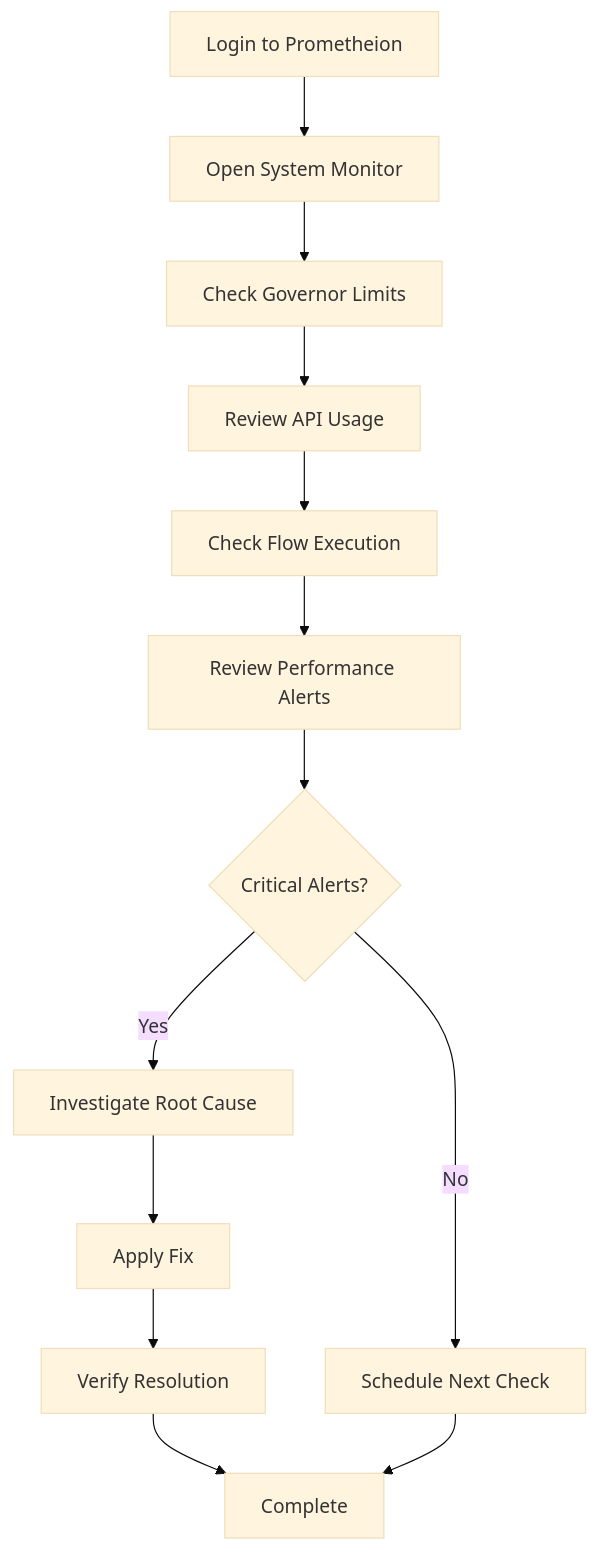
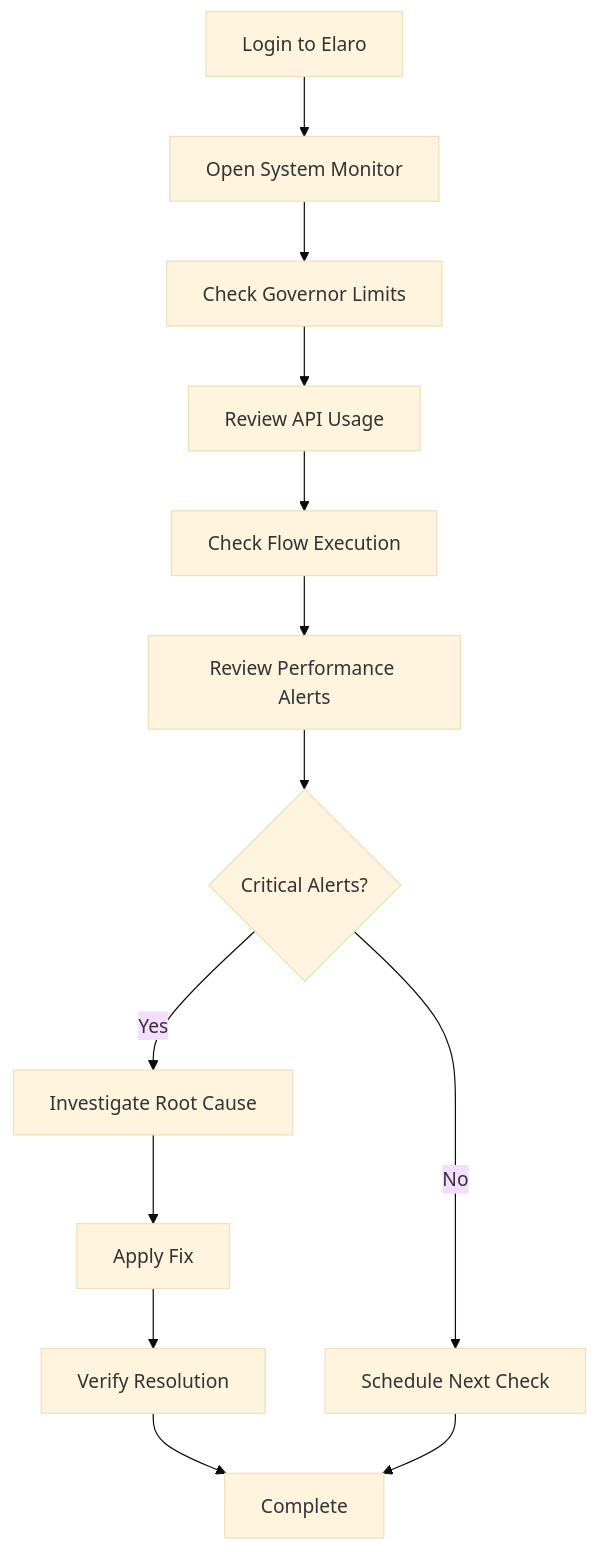
One commit to derickporter1993/Solentra---Prometheion changed the third of 9 diagrams in docs/UI_UX_DESIGN.md. Above: the diagram before and after it, drawn with Mermaid (base theme). The commit also changed other lines of this file and 973 other files, not shown here.

First line of the commit message:
refactor: Rename Prometheion to Elaro across entire codebase

````diff
--- a/docs/UI_UX_DESIGN.md
+++ b/docs/UI_UX_DESIGN.md
@@ -368,15 +368,15 @@
 ```mermaid
 graph TD
-    START[Login to Prometheion] --> MONITOR[Open System Monitor]
+    START[Login to Elaro] --> MONITOR[Open System Monitor]
     MONITOR --> LIMITS[Check Governor Limits]
     LIMITS --> API[Review API Usage]
     API --> FLOW[Check Flow Execution]
     FLOW --> ALERTS[Review Performance Alerts]
     ALERTS --> CRITICAL{Critical Alerts?}
     CRITICAL -->|Yes| INVESTIGATE[Investigate Root Cause]
     CRITICAL -->|No| SCHEDULE[Schedule Next Check]
     INVESTIGATE --> FIX[Apply Fix]
     FIX --> VERIFY[Verify Resolution]
     VERIFY --> END[Complete]
     SCHEDULE --> END
 ```
````
